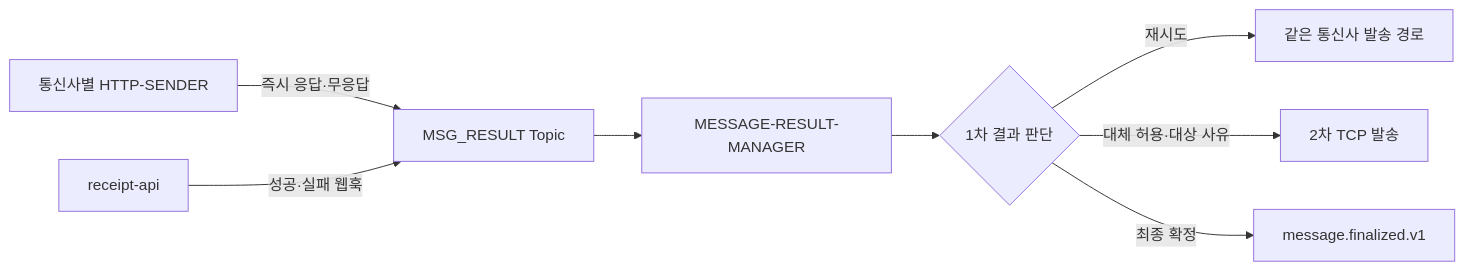
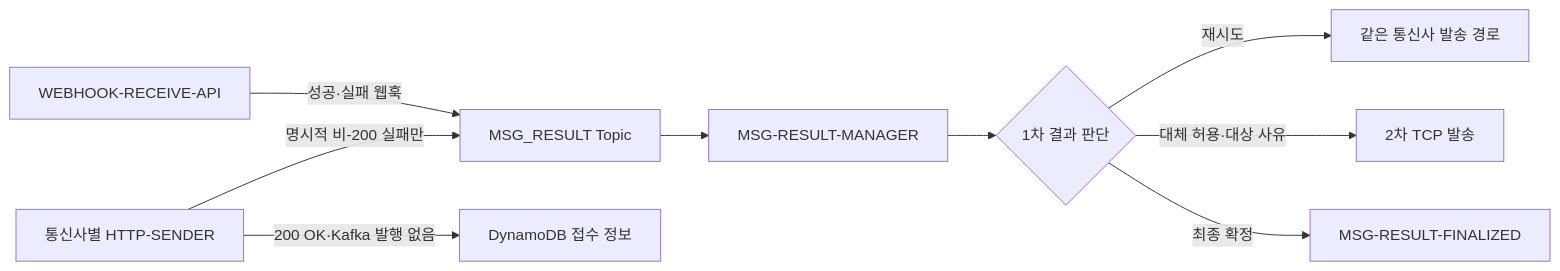
Before and after one commit to hyun-seung/High-throughput-event-platform: the second of 6 diagrams in docs/04-요청-접수부터-최종-결과까지의-전체-흐름.md, drawn with Mermaid. The commit also changed other lines of this file and 7 other files, not shown here.

Commit message:
명시적 HTTP 실패를 MSG_RESULT로 인계

````diff
--- a/docs/04-요청-접수부터-최종-결과까지의-전체-흐름.md
+++ b/docs/04-요청-접수부터-최종-결과까지의-전체-흐름.md
@@ -46,10 +46,11 @@
 ```mermaid
 flowchart LR
-    S[통신사별 HTTP-SENDER] -->|즉시 응답·무응답| R[MSG_RESULT Topic]
-    W[receipt-api] -->|성공·실패 웹훅| R
-    R --> M[MESSAGE-RESULT-MANAGER]
+    S[통신사별 HTTP-SENDER] -->|명시적 비-200 실패만| R[MSG_RESULT Topic]
+    S -->|200 OK·Kafka 발행 없음| D[DynamoDB 접수 정보]
+    W[WEBHOOK-RECEIVE-API] -->|성공·실패 웹훅| R
+    R --> M[MSG-RESULT-MANAGER]
     M --> A{1차 결과 판단}
     A -->|재시도| H[같은 통신사 발송 경로]
     A -->|대체 허용·대상 사유| T[2차 TCP 발송]
-    A -->|최종 확정| F[message.finalized.v1]
+    A -->|최종 확정| F[MSG-RESULT-FINALIZED]
 ```
````
